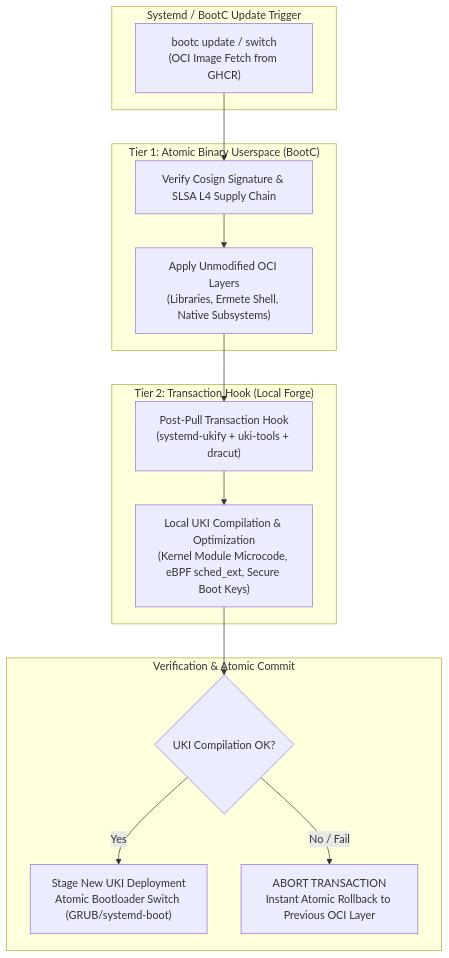
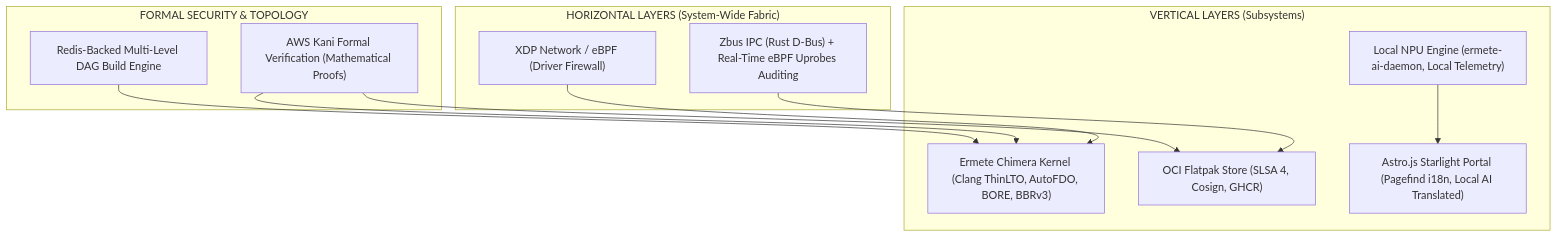
One commit to hr-mes/ermete-os changed the diagram in system/ARCHITECTURE.md. Above: the diagram before and after it, drawn with Mermaid. The commit also changed other lines of this file and 2 other files, not shown here.

Commit message:
docs(architecture): ruthless ponytail refactoring (dry, zero-latency zbus, async bpf)

````diff
--- a/system/ARCHITECTURE.md
+++ b/system/ARCHITECTURE.md
@@ -153,27 +17,26 @@
 ```mermaid
-flowchart TD
-    subgraph Update_Trigger ["Systemd / BootC Update Trigger"]
-        PULL["bootc update / switch\n(OCI Image Fetch from GHCR)"]
+graph TD
+    subgraph Horizontal_Layers ["HORIZONTAL LAYERS (System-Wide Fabric)"]
+        XDP["XDP Network / eBPF (Driver Firewall)"]
+        ZBUS["Zbus IPC (Rust D-Bus) + Real-Time eBPF Uprobes Auditing"]
     end
 
-    subgraph Binary_Userspace ["Tier 1: Atomic Binary Userspace (BootC)"]
-        FAST["Apply Unmodified OCI Layers\n(Libraries, Ermete Shell, Native Subsystems)"]
-        VERIFY["Verify Cosign Signature & SLSA L4 Supply Chain"]
-        PULL --> VERIFY --> FAST
+    subgraph Vertical_Layers ["VERTICAL LAYERS (Subsystems)"]
+        KERNEL["Ermete Chimera Kernel (Clang ThinLTO, AutoFDO, BORE, BBRv3)"]
+        STORE["OCI Flatpak Store (SLSA 4, Cosign, GHCR)"]
+        NPU["Local NPU Engine (ermete-ai-daemon, Local Telemetry)"]
+        PORTAL["Astro.js Starlight Portal (Pagefind i18n, Local AI Translated)"]
     end
 
-    subgraph Transaction_Hook ["Tier 2: Transaction Hook (Local Forge)"]
-        HOOK["Post-Pull Transaction Hook\n(systemd-ukify + uki-tools + dracut)"]
-        KBUILD["Local UKI Compilation & Optimization\n(Kernel Module Microcode, eBPF sched_ext, Secure Boot Keys)"]
-        FAST --> HOOK --> KBUILD
+    subgraph Assurance ["FORMAL SECURITY & TOPOLOGY"]
+        KANI["AWS Kani Formal Verification (Mathematical Proofs)"]
+        DAG["Redis-Backed Multi-Level DAG Build Engine"]
     end
 
-    subgraph Validation_Rollback ["Verification & Atomic Commit"]
-        CHECK{"UKI Compilation OK?"}
-        KBUILD --> CHECK
-        COMMIT["Stage New UKI Deployment\nAtomic Bootloader Switch (GRUB/systemd-boot)"]
-        ROLLBACK["ABORT TRANSACTION\nInstant Atomic Rollback to Previous OCI Layer"]
-        CHECK -- Yes --> COMMIT
-        CHECK -- No / Fail --> ROLLBACK
-    end
+    XDP --> KERNEL
+    ZBUS --> STORE
+    NPU --> PORTAL
+    KANI --> KERNEL
+    KANI --> STORE
+    DAG --> KERNEL
 ```
````
